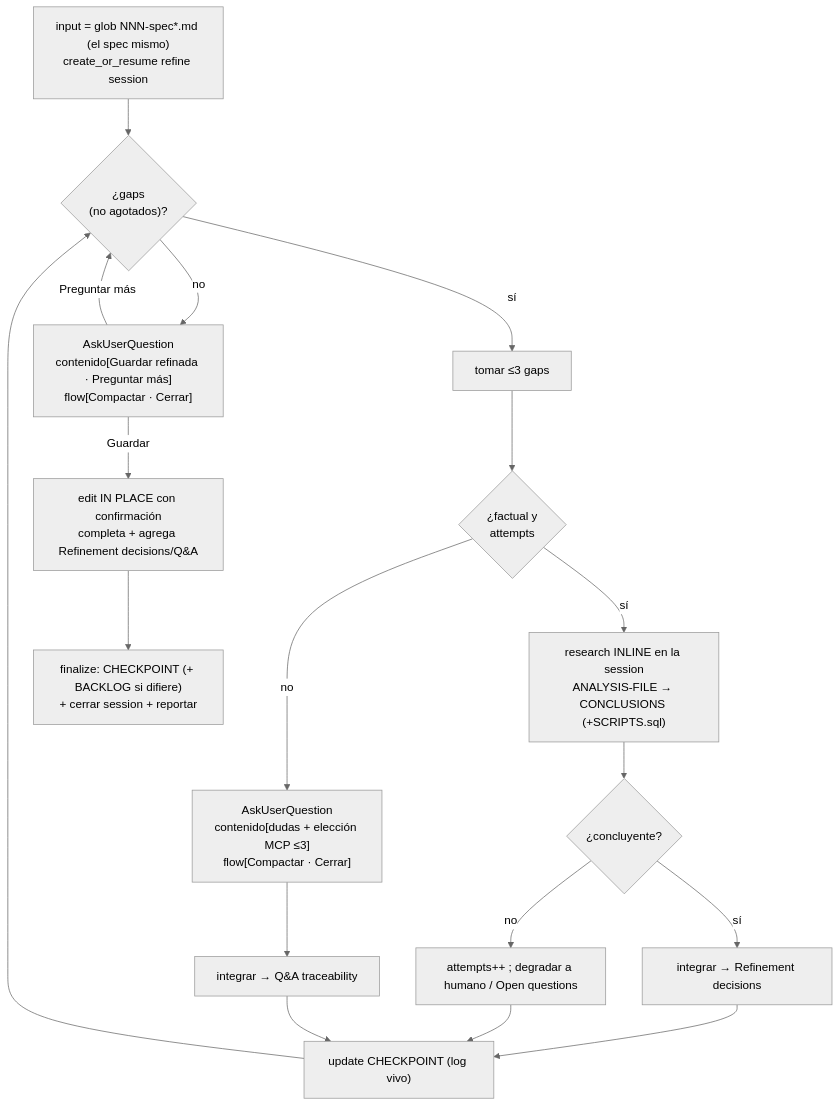
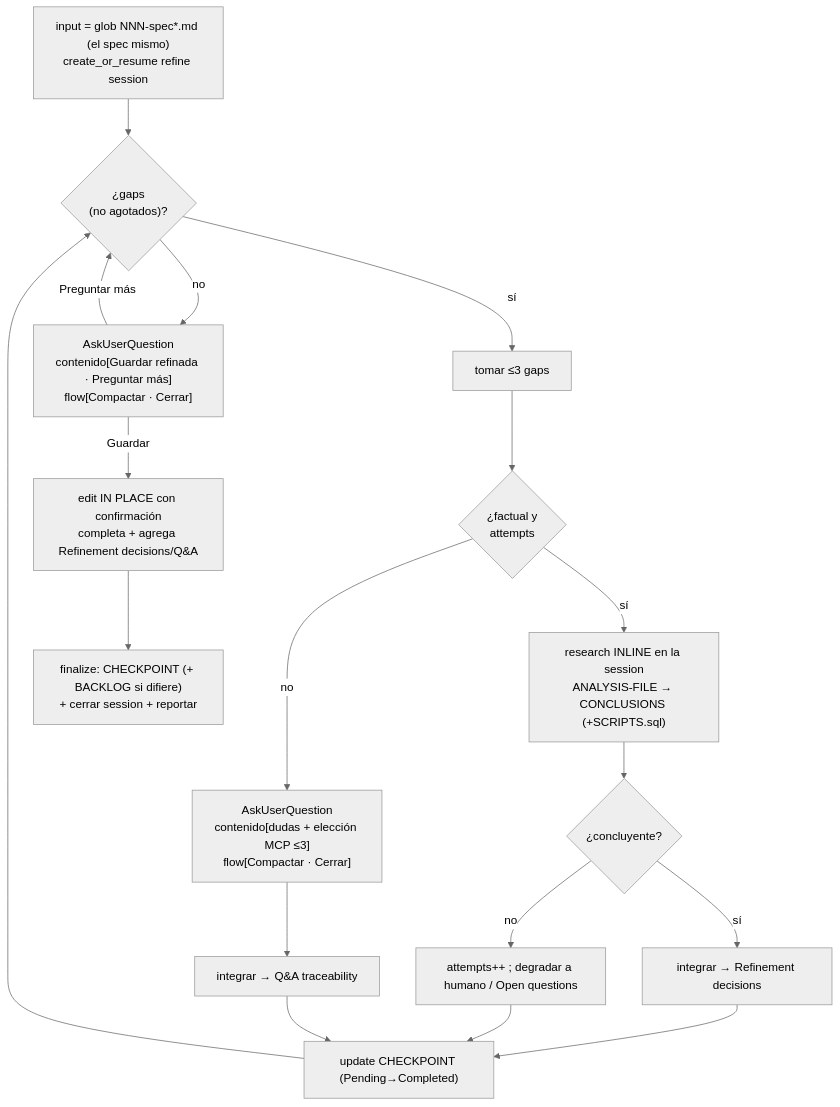
Before and after one commit to Tacuchi/agent-workflow-cli: the diagram in skills/w/loops/spec-refine-loop/SKILL.md, drawn with Mermaid (neutral theme). The commit also changed other lines of this file and 23 other files, not shown here.

````diff
--- a/skills/w/loops/spec-refine-loop/SKILL.md
+++ b/skills/w/loops/spec-refine-loop/SKILL.md
@@ -196,20 +197,20 @@
 ```mermaid
 flowchart TD
     S["input = glob NNN-spec*.md (el spec mismo)<br/>create_or_resume refine session"] --> D{"¿gaps<br/>(no agotados)?"}
     D -->|no| C["AskUserQuestion<br/>contenido[Guardar refinada · Preguntar más]<br/>flow[Compactar · Cerrar]"]
     D -->|sí| B["tomar ≤3 gaps"]
     B --> F{"¿factual y<br/>attempts<MAX?"}
     F -->|sí| RS["research INLINE en la session<br/>ANALYSIS-FILE → CONCLUSIONS (+SCRIPTS.sql)"]
     RS --> CC{"¿concluyente?"}
     CC -->|sí| I1["integrar → Refinement decisions"]
     CC -->|no| DEG["attempts++ ; degradar a humano / Open questions"]
     F -->|no| Q["AskUserQuestion<br/>contenido[dudas + elección MCP ≤3]<br/>flow[Compactar · Cerrar]"]
     Q --> I2["integrar → Q&A traceability"]
-    I1 --> CK["update CHECKPOINT (log vivo)"]
+    I1 --> CK["update CHECKPOINT (Pending→Completed)"]
     DEG --> CK
     I2 --> CK
     CK --> D
     C -->|Guardar| W["edit IN PLACE con confirmación<br/>completa + agrega Refinement decisions/Q&A"]
     C -->|Preguntar más| D
     W --> FIN["finalize: CHECKPOINT (+ BACKLOG si difiere)<br/>+ cerrar session + reportar"]
 ```
````
